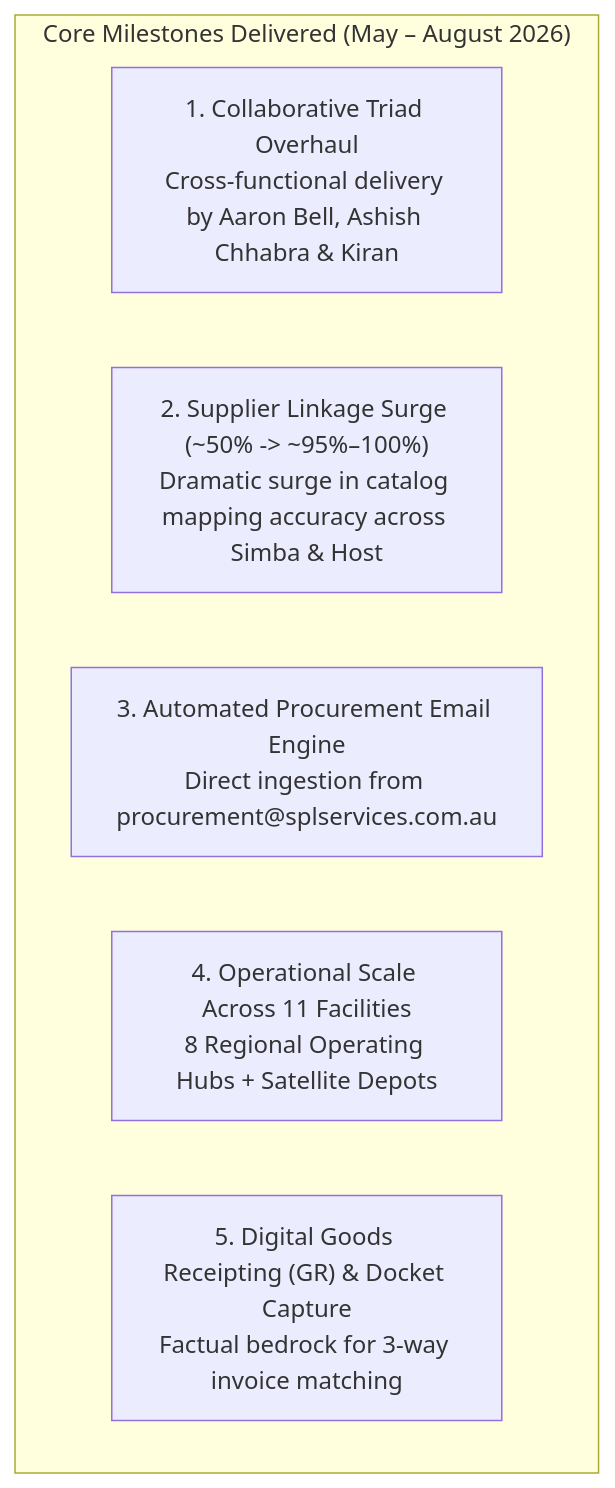
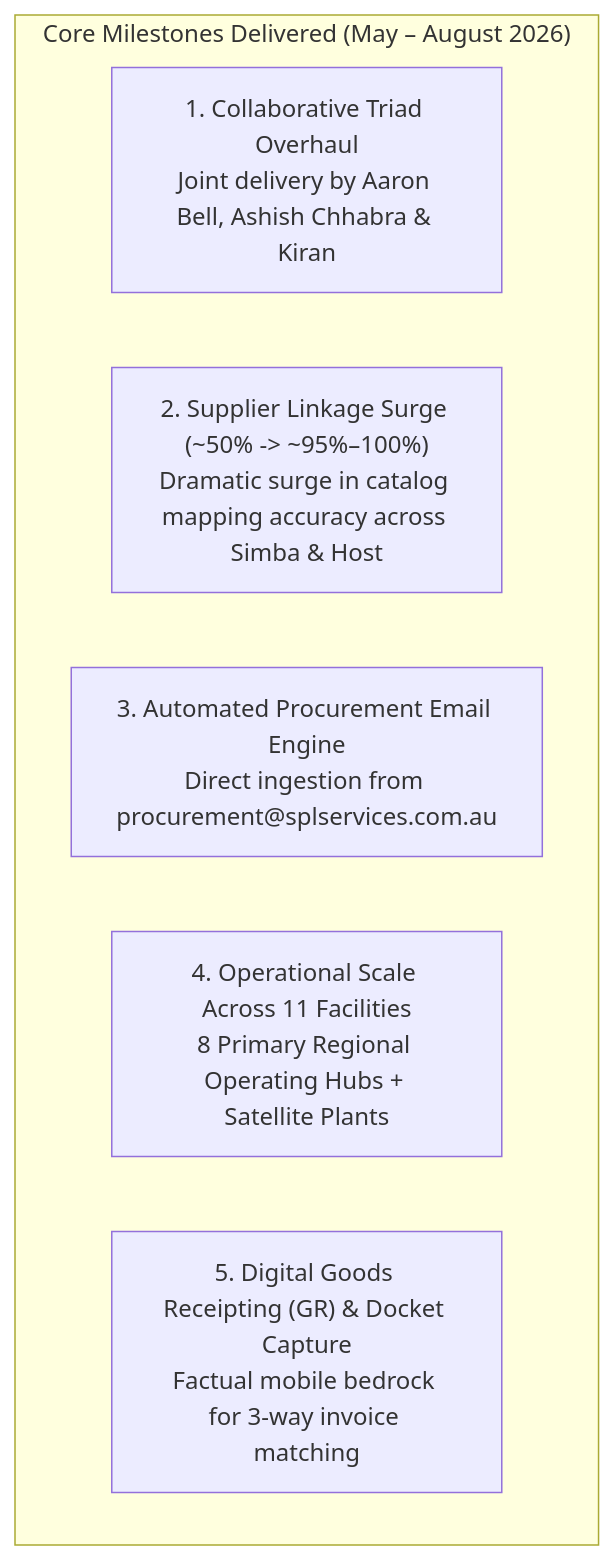
Before and after one commit to SPLGit-Project/ProcureFlow-App: the second of 8 diagrams in docs/PROCUREFLOW_DEVELOPMENT_ACTION_PLAN.md, drawn with Mermaid. The commit also changed other lines of this file and 2 other files, not shown here.

````diff
--- a/docs/PROCUREFLOW_DEVELOPMENT_ACTION_PLAN.md
+++ b/docs/PROCUREFLOW_DEVELOPMENT_ACTION_PLAN.md
@@ -58,10 +103,10 @@
 ```mermaid
 flowchart TD
     subgraph AchievementsLast3Months ["Core Milestones Delivered (May – August 2026)"]
-        M1["1. Collaborative Triad Overhaul<br/>Cross-functional delivery by Aaron Bell, Ashish Chhabra & Kiran"]
+        M1["1. Collaborative Triad Overhaul<br/>Joint delivery by Aaron Bell, Ashish Chhabra & Kiran"]
         M2["2. Supplier Linkage Surge (~50% -> ~95%–100%)<br/>Dramatic surge in catalog mapping accuracy across Simba & Host"]
         M3["3. Automated Procurement Email Engine<br/>Direct ingestion from procurement@splservices.com.au"]
-        M4["4. Operational Scale Across 11 Facilities<br/>8 Regional Operating Hubs + Satellite Depots"]
-        M5["5. Digital Goods Receipting (GR) & Docket Capture<br/>Factual bedrock for 3-way invoice matching"]
+        M4["4. Operational Scale Across 11 Facilities<br/>8 Primary Regional Operating Hubs + Satellite Plants"]
+        M5["5. Digital Goods Receipting (GR) & Docket Capture<br/>Factual mobile bedrock for 3-way invoice matching"]
     end
 ```
````
